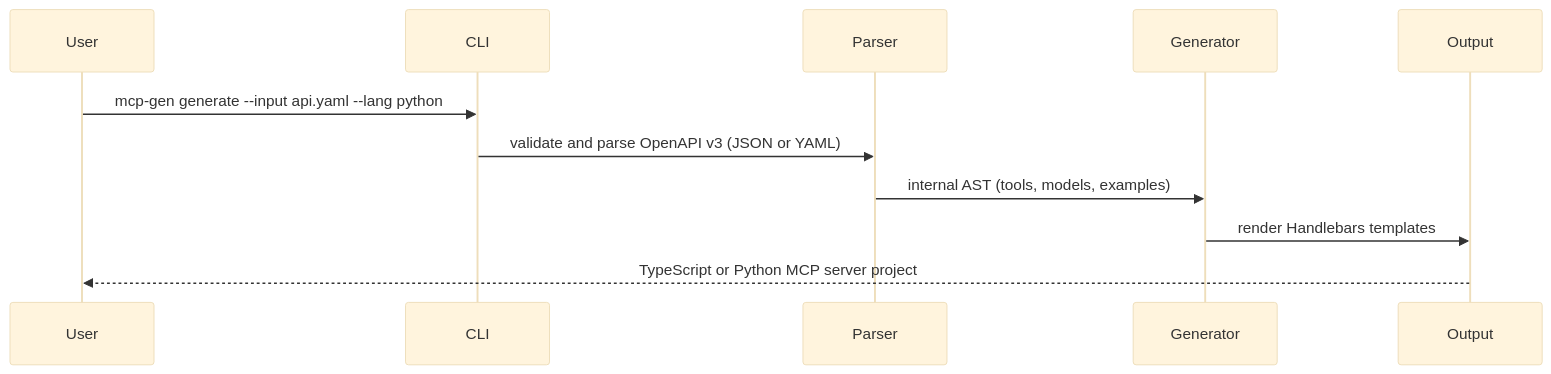
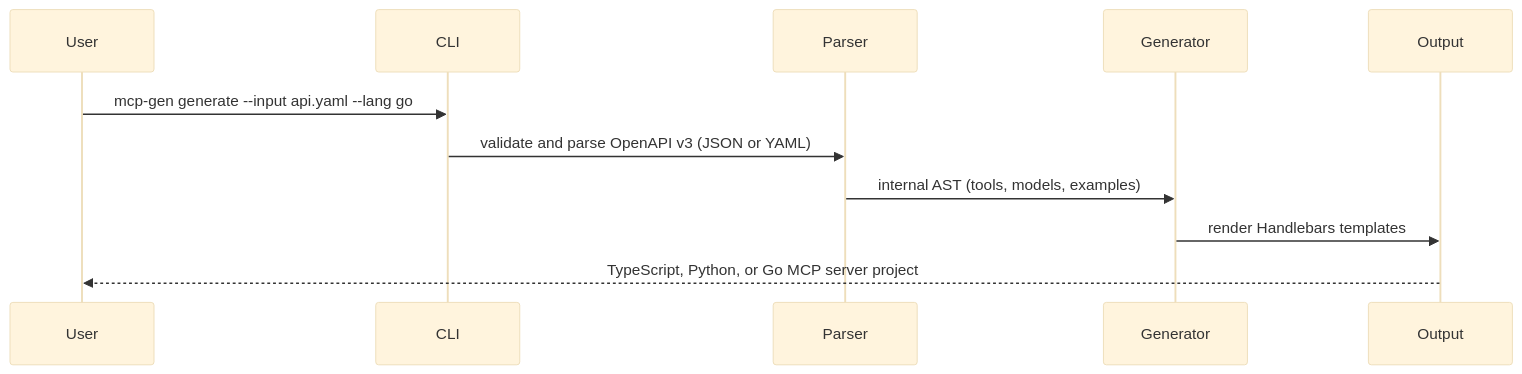
One commit to ChristopherDond/MCP-Generator changed the diagram in README.md. Above: the diagram before and after it, drawn with Mermaid (base theme). The commit also changed other lines of this file and 21 other files, not shown here.

````diff
--- a/README.md
+++ b/README.md
@@ -39,14 +38,14 @@
 ```mermaid
 sequenceDiagram
     participant User
     participant CLI
     participant Parser
     participant Generator
     participant Output
 
-    User->>CLI: mcp-gen generate --input api.yaml --lang python
+    User->>CLI: mcp-gen generate --input api.yaml --lang go
     CLI->>Parser: validate and parse OpenAPI v3 (JSON or YAML)
     Parser->>Generator: internal AST (tools, models, examples)
     Generator->>Output: render Handlebars templates
-    Output-->>User: TypeScript or Python MCP server project
+    Output-->>User: TypeScript, Python, or Go MCP server project
 ```
````
